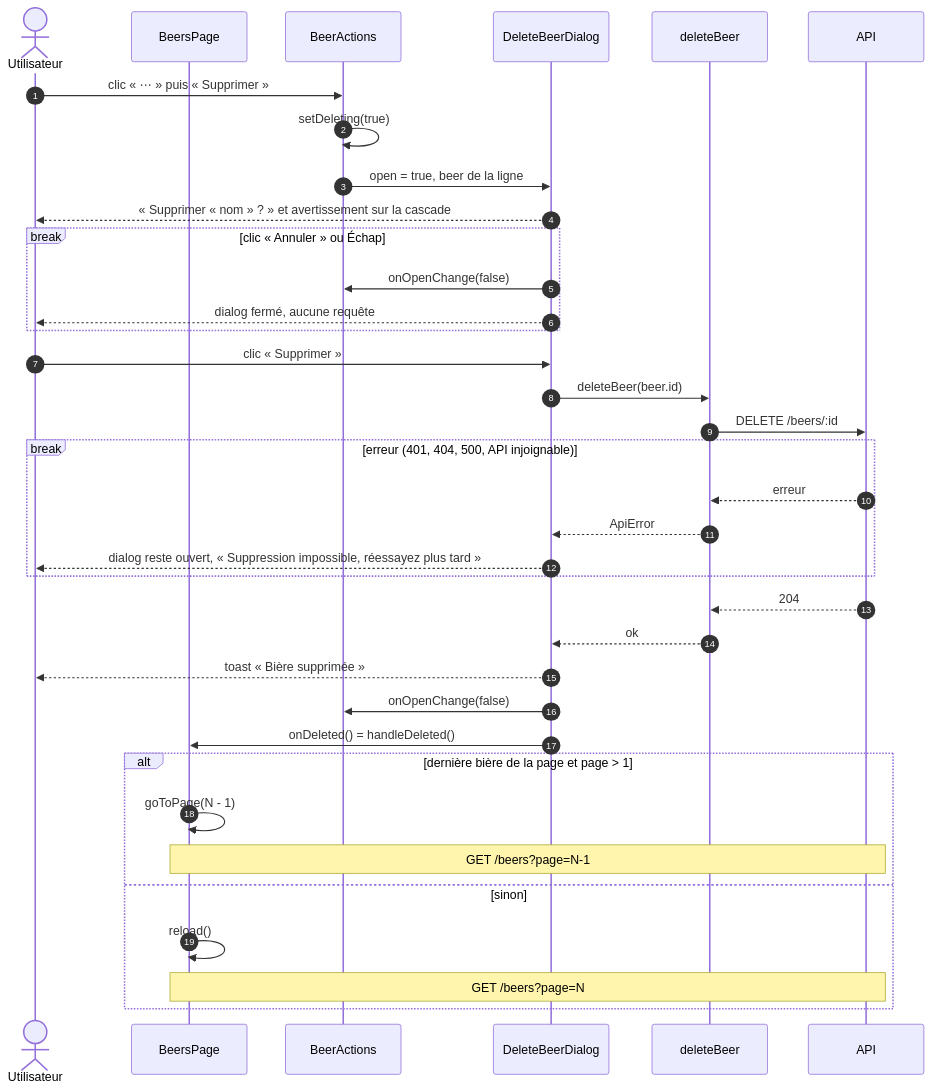
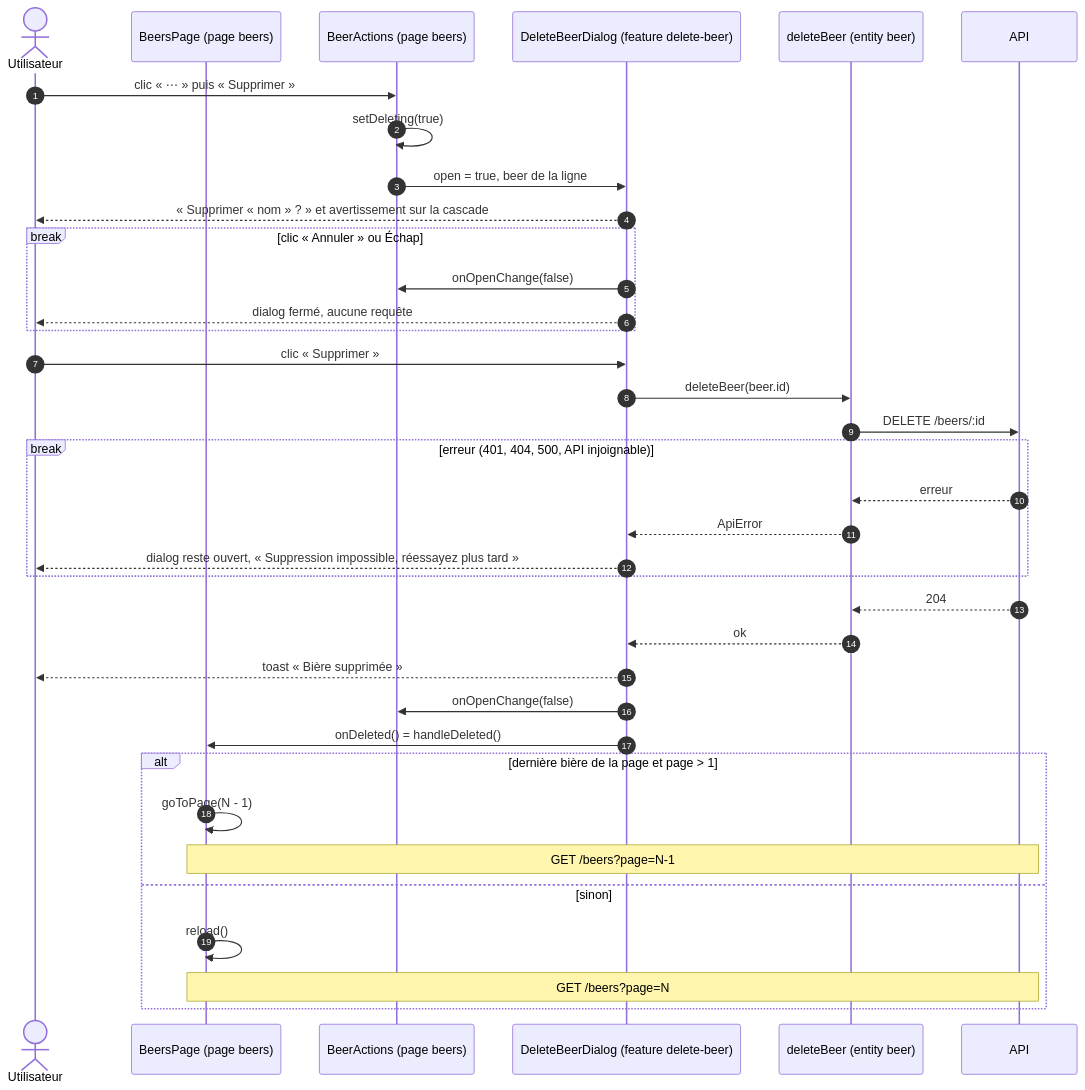
One commit to SIMPLON-DIST-CDA-260316/zythologue_julien_lemarchand changed the diagram in apps/client/docs/diagrams/delete-beer-sequence.md. Above: the diagram before and after it, drawn with Mermaid. The commit also changed other lines of this file and 3 other files, not shown here.

Commit message:
docs(client): couches FSD et choix de modélisation dans les diagrammes bières

````diff
--- a/apps/client/docs/diagrams/delete-beer-sequence.md
+++ b/apps/client/docs/diagrams/delete-beer-sequence.md
@@ -9,44 +9,44 @@
 ```mermaid
 sequenceDiagram
     autonumber
     actor U as Utilisateur
-    participant P as BeersPage
-    participant R as BeerActions
-    participant D as DeleteBeerDialog
-    participant A as deleteBeer
+    participant P as BeersPage (page beers)
+    participant R as BeerActions (page beers)
+    participant D as DeleteBeerDialog (feature delete-beer)
+    participant A as deleteBeer (entity beer)
     participant API as API
 
     U->>R: clic « ⋯ » puis « Supprimer »
     R->>R: setDeleting(true)
     R->>D: open = true, beer de la ligne
     D-->>U: « Supprimer « nom » ? » et avertissement sur la cascade
 
     break clic « Annuler » ou Échap
         D->>R: onOpenChange(false)
         D-->>U: dialog fermé, aucune requête
     end
 
     U->>D: clic « Supprimer »
     D->>A: deleteBeer(beer.id)
     A->>API: DELETE /beers/:id
 
     break erreur (401, 404, 500, API injoignable)
         API-->>A: erreur
         A-->>D: ApiError
         D-->>U: dialog reste ouvert, « Suppression impossible, réessayez plus tard »
     end
 
     API-->>A: 204
     A-->>D: ok
     D-->>U: toast « Bière supprimée »
     D->>R: onOpenChange(false)
     D->>P: onDeleted() = handleDeleted()
 
     alt dernière bière de la page et page > 1
         P->>P: goToPage(N - 1)
         Note over P,API: GET /beers?page=N-1
     else sinon
         P->>P: reload()
         Note over P,API: GET /beers?page=N
     end
 ```
````
